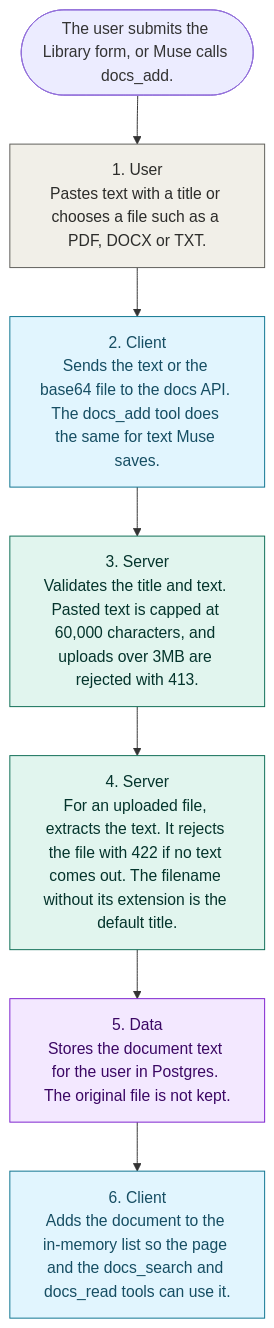
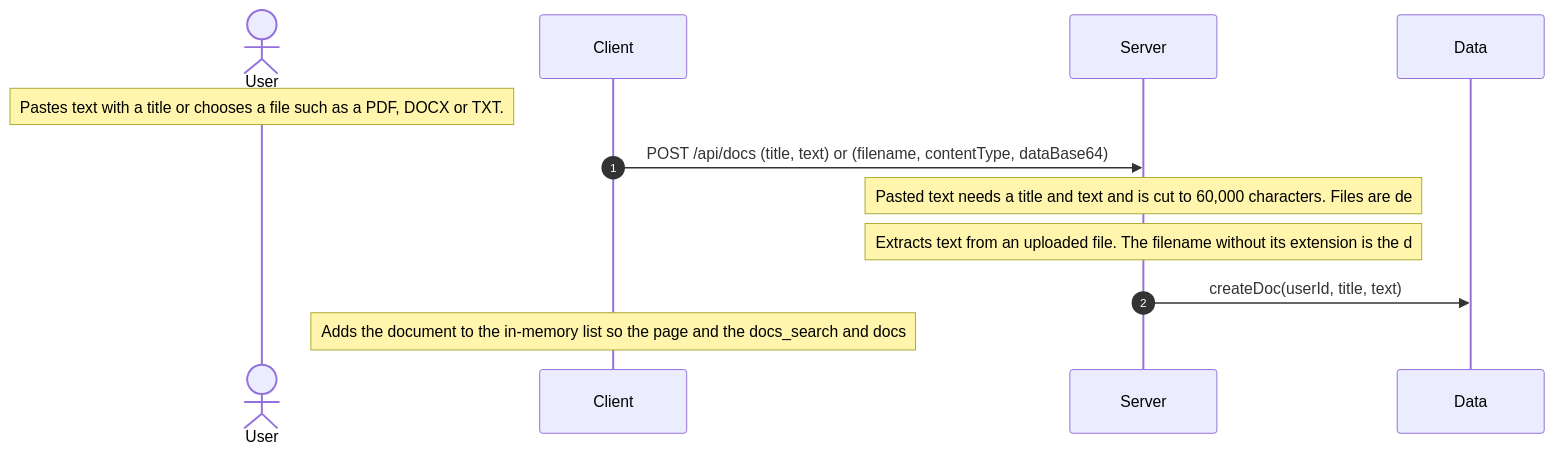
One commit to lngsa1234/mini-muse-mvp changed the diagram in docs/architecture/workflows/library-ingest.md. Above: the diagram before and after it, drawn with Mermaid. The commit also changed other lines of this file and 5 other files, not shown here.

````diff
--- a/docs/architecture/workflows/library-ingest.md
+++ b/docs/architecture/workflows/library-ingest.md
@@ -15,28 +15,14 @@
 ```mermaid
-flowchart TB
-  start(["The user submits the Library form, or Muse calls docs_add."])
-  s1["1. User<br/>Pastes text with a title or chooses a file such as a PDF, DOCX or TXT."]
-  s2["2. Client<br/>Sends the text or the base64 file to the docs API. The docs_add tool does the same for text Muse saves."]
-  s3["3. Server<br/>Validates the title and text. Pasted text is capped at 60,000 characters, and uploads over 3MB are rejected with 413."]
-  s4["4. Server<br/>For an uploaded file, extracts the text. It rejects the file with 422 if no text comes out. The filename without its extension is the default title."]
-  s5["5. Data<br/>Stores the document text for the user in Postgres. The original file is not kept."]
-  s6["6. Client<br/>Adds the document to the in-memory list so the page and the docs_search and docs_read tools can use it."]
-  start --> s1
-  s1 --> s2
-  s2 --> s3
-  s3 --> s4
-  s4 --> s5
-  s5 --> s6
-  classDef user fill:#F1EFE8,stroke:#5F5E5A,color:#2C2C2A
-  classDef agent fill:#EEEDFE,stroke:#534AB7,color:#26215C
-  classDef client fill:#E1F5FE,stroke:#0E7490,color:#164E63
-  classDef server fill:#E1F5EE,stroke:#0F6E56,color:#04342C
-  classDef data fill:#F3E8FF,stroke:#7E22CE,color:#3B0764
-  classDef external fill:#FAEEDA,stroke:#854F0B,color:#412402
-  class s1 user
-  class s2 client
-  class s3 server
-  class s4 server
-  class s5 data
-  class s6 client
+sequenceDiagram
+  autonumber
+  actor user as User
+  participant client as Client
+  participant server as Server
+  participant data as Data
+  Note over user: Pastes text with a title or chooses a file such as a PDF, DOCX or TXT.
+  client->>server: POST /api/docs (title, text) or (filename, contentType, dataBase64)
+  Note over server: Pasted text needs a title and text and is cut to 60,000 characters. Files are de
+  Note over server: Extracts text from an uploaded file. The filename without its extension is the d
+  server->>data: createDoc(userId, title, text)
+  Note over client: Adds the document to the in-memory list so the page and the docs_search and docs
 ```
````
